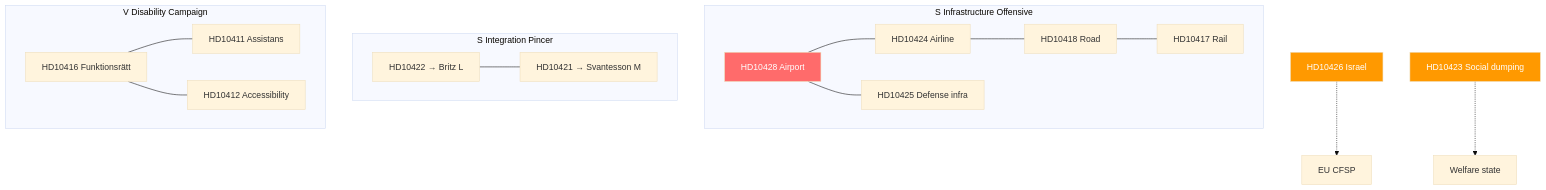
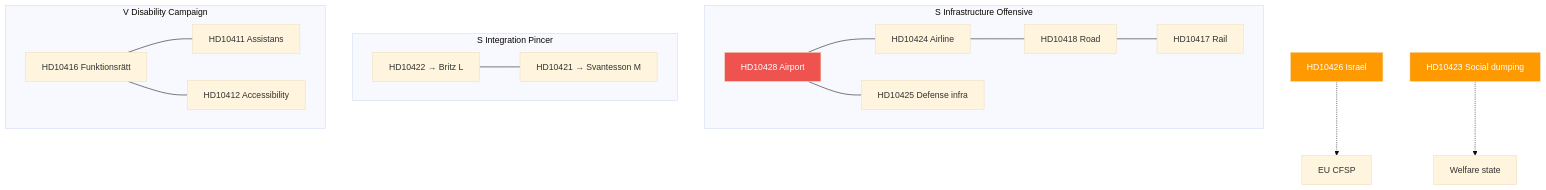
Before and after one commit to Hack23/riksdagsmonitor: the diagram in analysis/daily/2026-04-14/interpellations/cross-reference-map.md, drawn with Mermaid (base theme). The commit also changed 785 other files, not shown here.

First line of the commit message:
Normalize mermaid colors across 786 analysis artifacts to ISMS Style Guide palette

````diff
--- a/analysis/daily/2026-04-14/interpellations/cross-reference-map.md
+++ b/analysis/daily/2026-04-14/interpellations/cross-reference-map.md
@@ -26,21 +26,21 @@
 ```mermaid
 graph TD
     subgraph "S Infrastructure Offensive"
         HD10428["HD10428 Airport"] --- HD10424["HD10424 Airline"]
         HD10428 --- HD10425["HD10425 Defense infra"]
         HD10424 --- HD10418["HD10418 Road"]
         HD10418 --- HD10417["HD10417 Rail"]
     end
     subgraph "S Integration Pincer"
         HD10422["HD10422 → Britz L"] --- HD10421["HD10421 → Svantesson M"]
     end
     subgraph "V Disability Campaign"
         HD10416["HD10416 Funktionsrätt"] --- HD10411["HD10411 Assistans"]
         HD10416 --- HD10412["HD10412 Accessibility"]
     end
     HD10426["HD10426 Israel"] -.-> EU["EU CFSP"]
     HD10423["HD10423 Social dumping"] -.-> WELFARE["Welfare state"]
-    style HD10428 fill:#ff6b6b,color:#fff
-    style HD10426 fill:#ff9900,color:#fff
-    style HD10423 fill:#ff9900,color:#fff
+    style HD10428 fill:#EF5350,color:#FFFFFF
+    style HD10426 fill:#ff9900,color:#FFFFFF
+    style HD10423 fill:#ff9900,color:#FFFFFF
 ```
````
